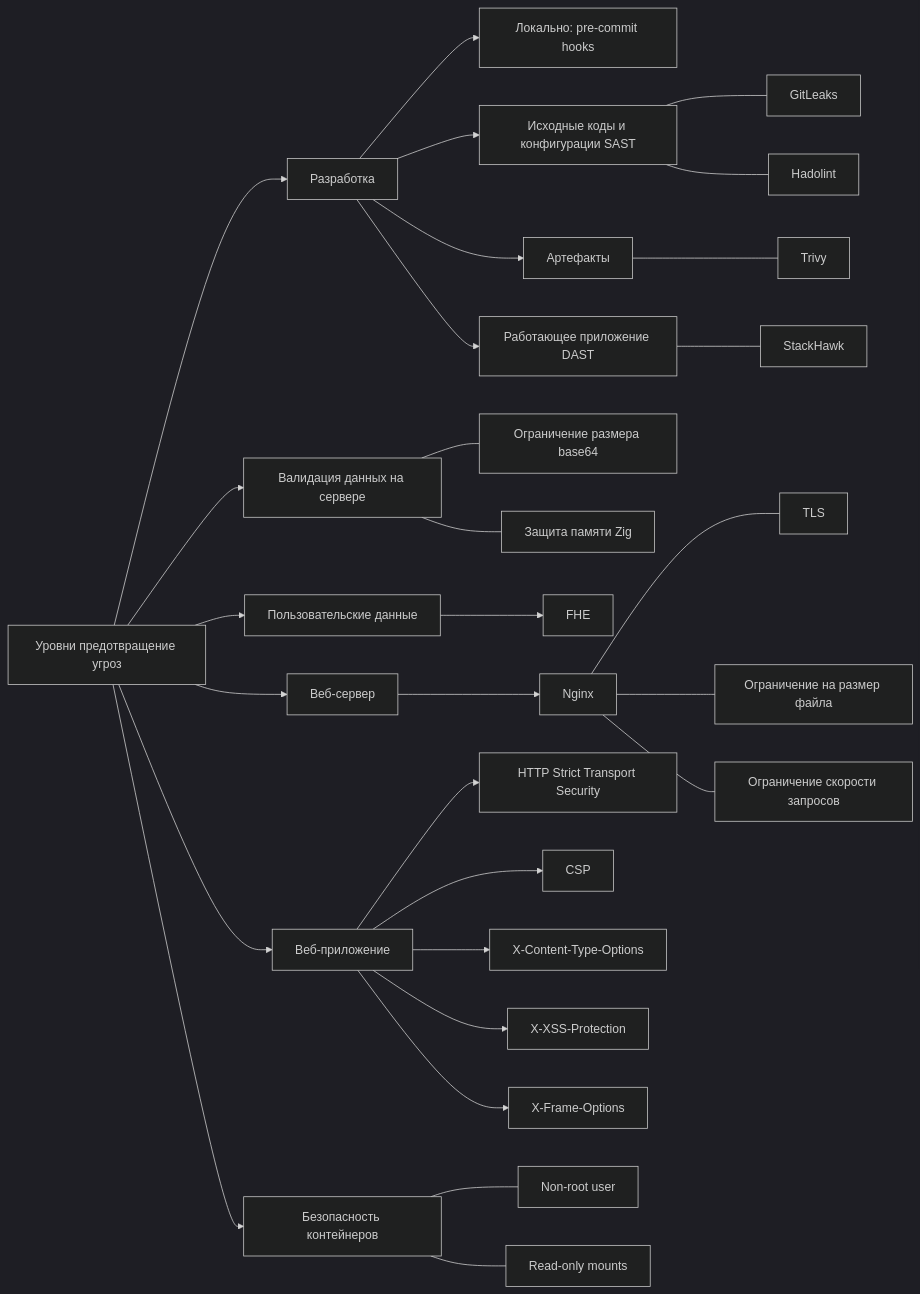
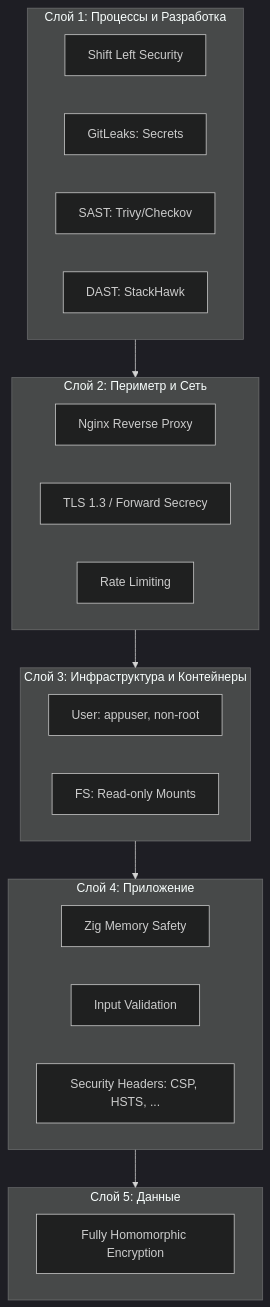
One commit to butvinm/GenZ changed the fifth of 5 diagrams in REPORT.md. Above: the diagram before and after it, drawn with Mermaid (dark theme). The commit also changed other lines of this file, not shown here.

````diff
--- a/REPORT.md
+++ b/REPORT.md
@@ -268,44 +268,32 @@
 ```mermaid
-graph LR
-    Root[Уровни предотвращение угроз]
+graph TD
+    subgraph L1 [Слой 1: Процессы и Разработка]
+        Direction[Shift Left Security]
+        GitLeaks[GitLeaks: Secrets]
+        SAST[SAST: Trivy/Checkov]
+        DAST[DAST: StackHawk]
+    end
 
-    %% Ветвь 1
-    Root --> Dev[Разработка]
-    Dev --> DevProcess[Локально: pre-commit hooks]
-    Dev --> SAST[Исходные коды и конфигурации SAST]
-    SAST --- GitLeaks
-    SAST --- Hadolint
-    Dev --> Art[Артефакты]
-    Art --- Trivy
-    Dev --> DAST[Работающее приложение DAST]
-    DAST --- StackHawk
+    subgraph L2 [Слой 2: Периметр и Сеть]
+        Nginx[Nginx Reverse Proxy]
+        TLS[TLS 1.3 / Forward Secrecy]
+        DDoS[Rate Limiting]
+    end
 
-    %% Ветвь 2
-    Root --> Server[Валидация данных на сервере]
-    Server --- base64[Ограничение размера base64]
-    Server --- memory[Защита памяти Zig]
+    subgraph L3 [Слой 3: Инфраструктура и Контейнеры]
+        NonRoot[User: appuser, non-root]
+        ReadOnly[FS: Read-only Mounts]
+    end
 
-    %% Ветвь 3
-    Root --> UserData[Пользовательские данные]
-    UserData --> FHE
+    subgraph L4 [Слой 4: Приложение]
+        Zig[Zig Memory Safety]
+        Validation[Input Validation]
+        Headers[Security Headers: CSP, HSTS, ...]
+    end
 
-    %% Ветвь 4
-    Root --> Proxy[Веб-сервер]
-    Proxy --> Nginx
-    Nginx --- TLS
-    Nginx --- Limit[Ограничение на размер файла]
-    Nginx --- RateLimit[Ограничение скорости запросов]
+    subgraph L5 [Слой 5: Данные]
+        FHE[Fully Homomorphic Encryption]
+    end
 
-    %% Ветвь 5
-    Root --> WebApp[Веб-приложение]
-    WebApp --> HSTS[HTTP Strict Transport Security]
-    WebApp --> CSP
-    WebApp --> X-Content-Type-Options
-    WebApp --> X-XSS-Protection
-    WebApp --> X-Frame-Options
-
-    %% Ветвь 6
-    Root --> Container[Безопасность контейнеров]
-    Container --- NonRoot[Non-root user]
-    Container --- ReadOnly[Read-only mounts]
+    L1 --> L2 --> L3 --> L4 --> L5
 ```
````
